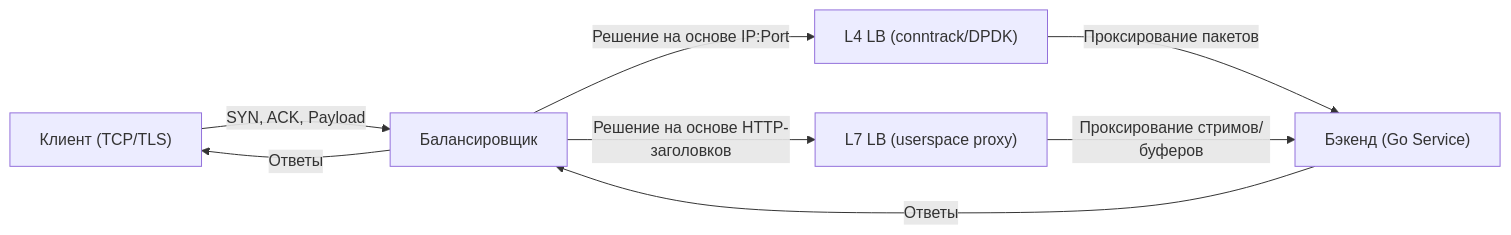
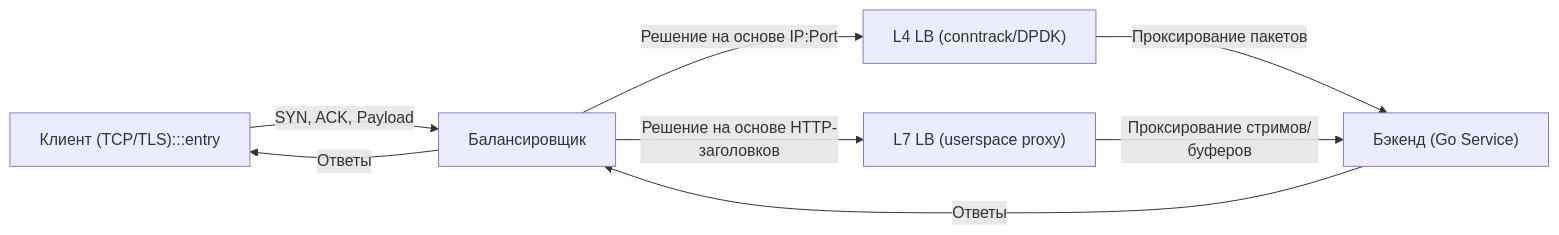
Before and after one commit to UnrealTemplier/go-textbook: the second of 4 diagrams in sources/3. Компьютерные сети и сетевой стек/29. Балансировка нагрузки. L4, L7, Round Robin, Least Connections.md, drawn with Mermaid. The commit also changed other lines of this file and 1666 other files, not shown here.

First line of the commit message:
feat(mermaid): add semantic color classDef to 1369 colorless flowchart/graph diagrams

````diff
--- a/sources/3. Компьютерные сети и сетевой стек/29. Балансировка нагрузки. L4, L7, Round Robin, Least Connections.md
+++ b/sources/3. Компьютерные сети и сетевой стек/29. Балансировка нагрузки. L4, L7, Round Robin, Least Connections.md
@@ -49,10 +59,20 @@
 ```mermaid
 flowchart LR
-    Client["Клиент (TCP/TLS)"] -->|"SYN, ACK, Payload"| LB["Балансировщик"]
+    classDef process  fill:#1e293b,stroke:#38bdf8,stroke-width:1px,color:#f8fafc
+    classDef success  fill:#064e3b,stroke:#34d399,stroke-width:1px,color:#f8fafc
+    classDef error    fill:#7f1d1d,stroke:#f87171,stroke-width:1px,color:#f8fafc
+    classDef warning  fill:#78350f,stroke:#fbbf24,stroke-width:1px,color:#f8fafc
+    classDef entry    fill:#1e3a5f,stroke:#38bdf8,stroke-width:2px,color:#f8fafc
+    classDef aux      fill:#334155,stroke:#64748b,stroke-width:1px,color:#f8fafc
+    classDef system   fill:#312e81,stroke:#a78bfa,stroke-width:1px,color:#f8fafc
+    classDef data     fill:#132d29,stroke:#2dd4bf,stroke-width:1px,color:#f8fafc
+    classDef network  fill:#881337,stroke:#fb7185,stroke-width:1px,color:#f8fafc
+    classDef accent   fill:#1e1b4b,stroke:#818cf8,stroke-width:1px,color:#f8fafc
+    Client["Клиент (TCP/TLS):::entry"] -->|"SYN, ACK, Payload"| LB["Балансировщик"]
     LB -->|"Решение на основе IP:Port"| L4["L4 LB (conntrack/DPDK)"]
     LB -->|"Решение на основе HTTP-заголовков"| L7["L7 LB (userspace proxy)"]
     L4 -->|"Проксирование пакетов"| Backend["Бэкенд (Go Service)"]
     L7 -->|"Проксирование стримов/буферов"| Backend
     Backend -->|"Ответы"| LB
     LB -->|"Ответы"| Client
 ```
````
